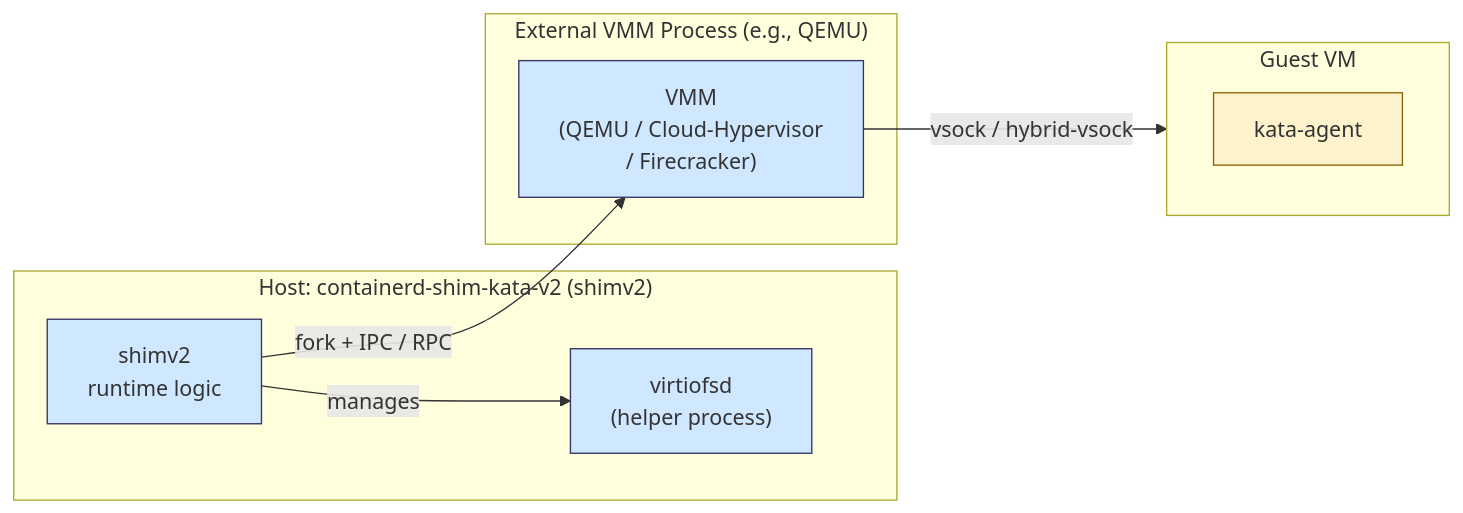
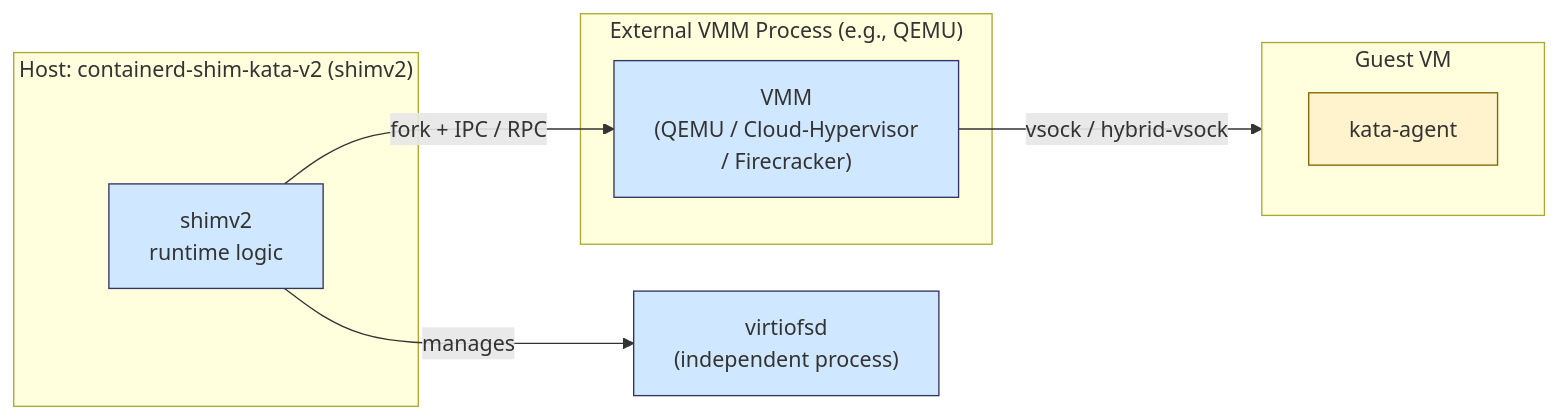
The second of 6 diagrams in docs/design/architecture_4.0/README.md (Apokleos/kata-containers), drawn with Mermaid before and after one commit. The commit also changed other lines of this file, not shown here.

First line of the commit message:
docs: fix mermaid diagrams for guest VM and virtiofsd process boundaries

````diff
--- a/docs/design/architecture_4.0/README.md
+++ b/docs/design/architecture_4.0/README.md
@@ -95,25 +99,26 @@
 ```mermaid
 graph LR
     subgraph HostProcess["Host: containerd-shim-kata-v2 (shimv2)"]
         shimv2["shimv2\nruntime logic"]
-        virtiofsd["virtiofsd\n(helper process)"]
     end
+
+    virtiofsd["virtiofsd\n(independent process)"]
 
     subgraph ExtVMMProc["External VMM Process (e.g., QEMU)"]
         vmm["VMM\n(QEMU / Cloud-Hypervisor\n/ Firecracker)"]
     end
 
     subgraph GuestVM["Guest VM"]
         agent["kata-agent"]
     end
 
     shimv2 -->|"fork + IPC / RPC"| vmm
     shimv2 -->|"manages"| virtiofsd
     vmm -->|"vsock / hybrid-vsock"| GuestVM
 
     classDef proc fill:#d0e8ff,stroke:#336,stroke-width:1px
     classDef vm fill:#d4edda,stroke:#155724,stroke-width:1px
     classDef ag fill:#fff3cd,stroke:#856404,stroke-width:1px
     class shimv2,virtiofsd,vmm proc
     class agent ag
 ```
````
